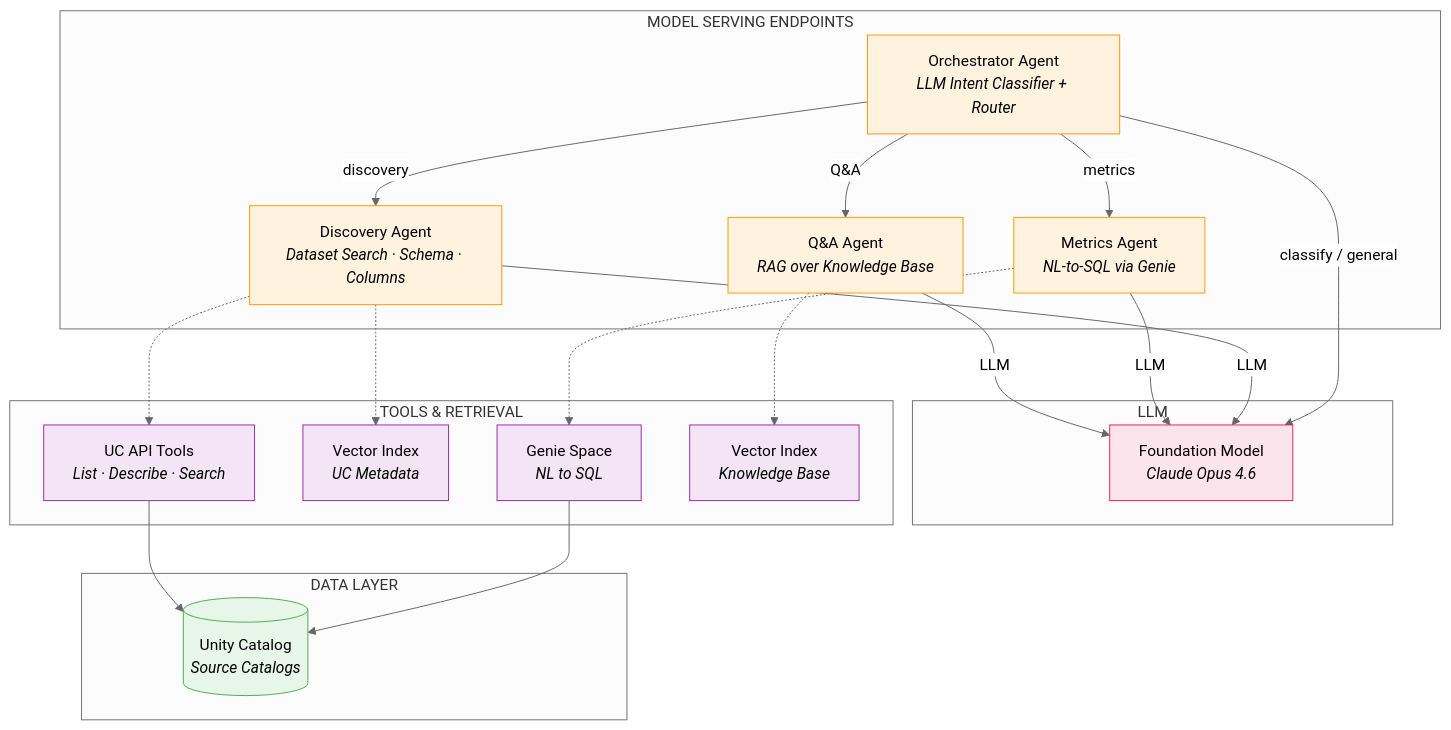
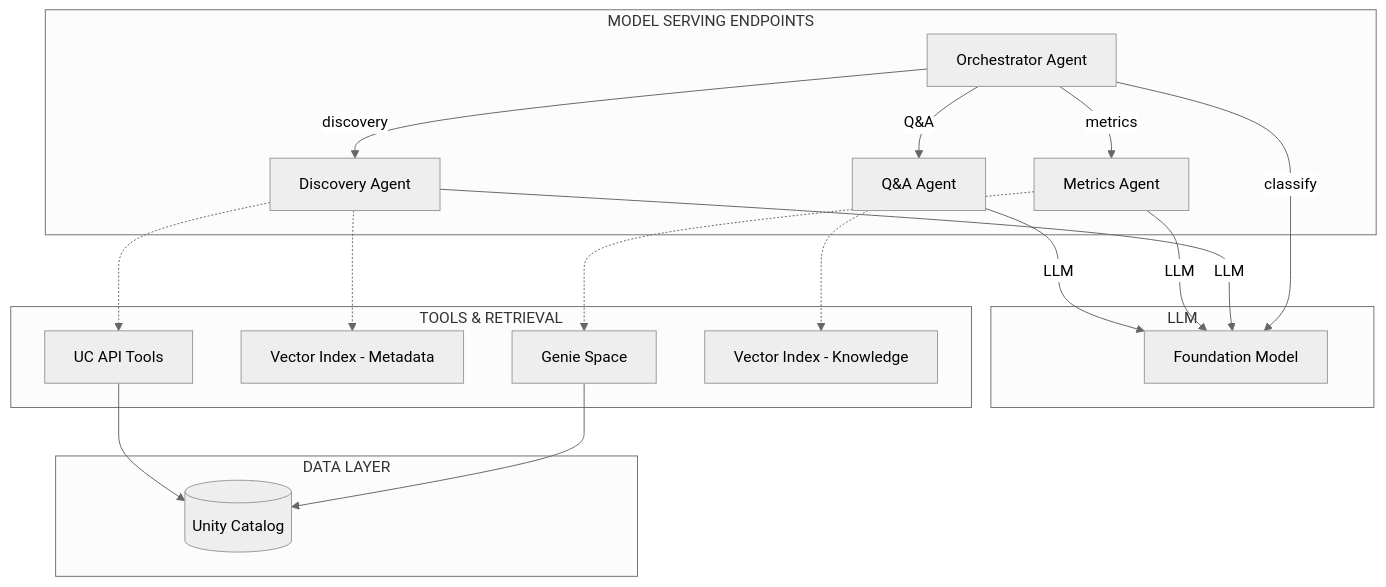
Before and after one commit to guanjieshen/uc-data-advisor: the diagram in README.md, drawn with Mermaid (neutral theme). The commit also changed 1 other file, not shown here.

Commit message:
Fix Mermaid diagrams: remove HTML tags that break GitHub rendering
GitHub's Mermaid renderer can't handle <br/>, <i>, <b> inside node labels.
Simplified to plain text labels.

````diff
--- a/README.md
+++ b/README.md
@@ -7,51 +7,41 @@
 ```mermaid
 flowchart TB
     subgraph SERVING["MODEL SERVING ENDPOINTS"]
-        ORCH["Orchestrator Agent<br/><i>LLM Intent Classifier + Router</i>"]
-        DA["Discovery Agent<br/><i>Dataset Search · Schema · Columns</i>"]
-        DM["Metrics Agent<br/><i>NL-to-SQL via Genie</i>"]
-        QA["Q&A Agent<br/><i>RAG over Knowledge Base</i>"]
+        ORCH[Orchestrator Agent]
+        DA[Discovery Agent]
+        DM[Metrics Agent]
+        QA[Q&A Agent]
     end
 
     subgraph LLM["LLM"]
-        CLAUDE["Foundation Model<br/><i>Claude Opus 4.6</i>"]
+        CLAUDE[Foundation Model]
     end
 
     subgraph TOOLS["TOOLS & RETRIEVAL"]
-        UC_API["UC API Tools<br/><i>List · Describe · Search</i>"]
-        VS1["Vector Index<br/><i>UC Metadata</i>"]
-        GENIE["Genie Space<br/><i>NL to SQL</i>"]
-        VS2["Vector Index<br/><i>Knowledge Base</i>"]
+        UC_API[UC API Tools]
+        VS1[Vector Index - Metadata]
+        GENIE[Genie Space]
+        VS2[Vector Index - Knowledge]
     end
 
     subgraph DATA["DATA LAYER"]
-        UCat[("Unity Catalog<br/><i>Source Catalogs</i>")]
+        UCat[(Unity Catalog)]
     end
 
     ORCH -->|discovery| DA
     ORCH -->|metrics| DM
     ORCH -->|Q&A| QA
-    ORCH -->|classify / general| CLAUDE
+    ORCH -->|classify| CLAUDE
 
     DA -->|LLM| CLAUDE
     DM -->|LLM| CLAUDE
     QA -->|LLM| CLAUDE
 
     DA -.-> UC_API
     DA -.-> VS1
     DM -.-> GENIE
     QA -.-> VS2
 
     GENIE --> UCat
     UC_API --> UCat
-
-    classDef serving fill:#fff3e0,stroke:#ff9800
-    classDef llm fill:#fce4ec,stroke:#e91e63
-    classDef tools fill:#f3e5f5,stroke:#9c27b0
-    classDef data fill:#e8f5e9,stroke:#4caf50
-
-    class ORCH,DA,DM,QA serving
-    class CLAUDE llm
-    class UC_API,VS1,GENIE,VS2 tools
-    class UCat data
 ```
````
